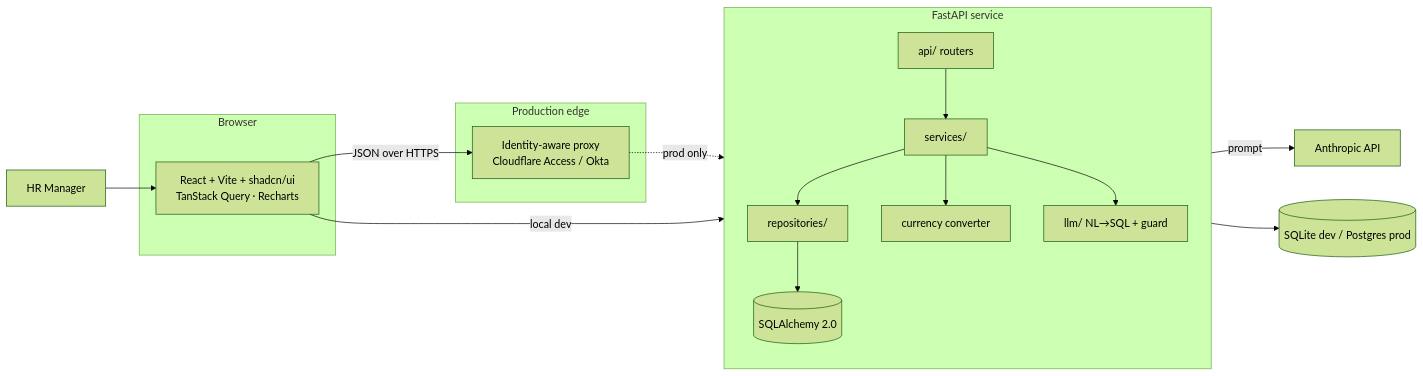
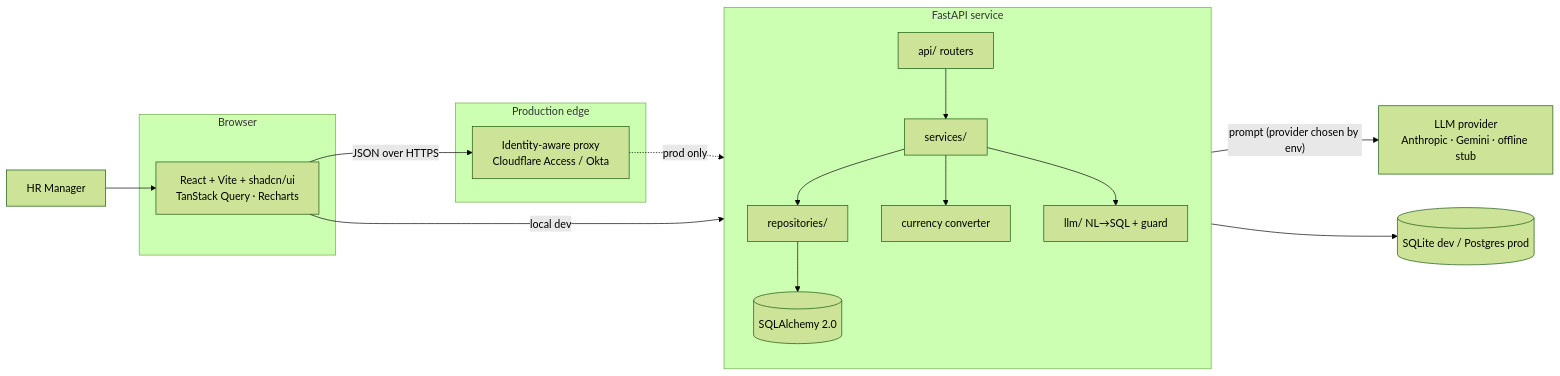
One commit to Rajaa786/Assignment changed the first of 4 diagrams in docs/architecture.md. Above: the diagram before and after it, drawn with Mermaid (forest theme). The commit also changed other lines of this file and 1 other file, not shown here.

First line of the commit message:
docs: refresh README + architecture for pluggable LLM, logging & onboarding

````diff
--- a/docs/architecture.md
+++ b/docs/architecture.md
@@ -8,26 +8,26 @@
 ```mermaid
 flowchart LR
   HR[HR Manager]
   subgraph Browser
     WEB[React + Vite + shadcn/ui<br/>TanStack Query · Recharts]
   end
   subgraph Edge[Production edge]
     PROXY[Identity-aware proxy<br/>Cloudflare Access / Okta]
   end
   subgraph API[FastAPI service]
     direction TB
     RT[api/ routers] --> SV[services/]
     SV --> RP[repositories/]
     SV --> FX[currency converter]
     SV --> LLM[llm/ NL→SQL + guard]
     RP --> ORM[(SQLAlchemy 2.0)]
   end
-  ANTHROPIC[Anthropic API]
+  PROVIDER[LLM provider<br/>Anthropic · Gemini · offline stub]
   DB[(SQLite dev / Postgres prod)]
 
   HR --> WEB
   WEB -- JSON over HTTPS --> PROXY -. prod only .-> RT
   WEB -- "local dev" --> RT
-  LLM -- prompt --> ANTHROPIC
+  LLM -- "prompt (provider chosen by env)" --> PROVIDER
   ORM --> DB
 ```
````
